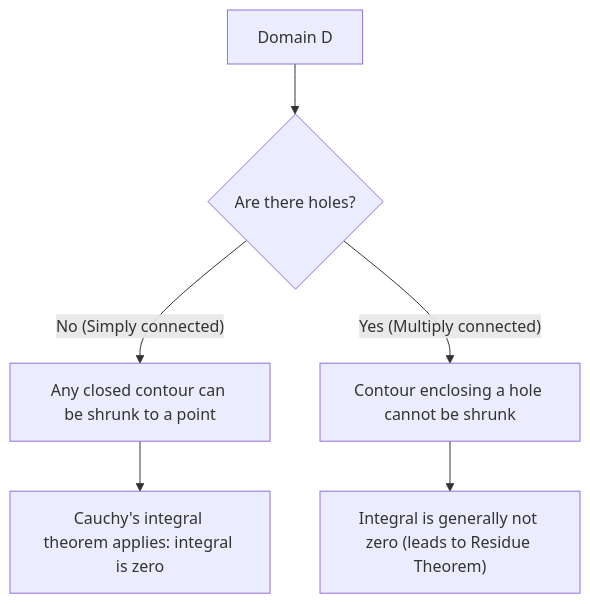
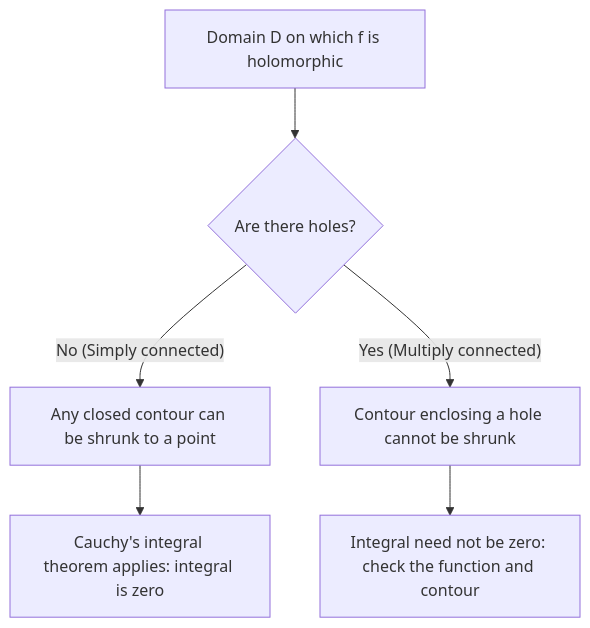
The diagram in content/post/cauchys-integral-theorem/index.en.md (kenjinote/blog), drawn with Mermaid before and after one commit. The commit also changed other lines of this file and 9 other files, not shown here.

Commit message:
Review four integral-theorem translations and verify 48 published reviews

````diff
--- a/content/post/cauchys-integral-theorem/index.en.md
+++ b/content/post/cauchys-integral-theorem/index.en.md
@@ -95,8 +95,8 @@
 ```mermaid
 flowchart TD
-    A["Domain D"] --> B{"Are there holes?"}
+    A["Domain D on which f is holomorphic"] --> B{"Are there holes?"}
     B -->|"No (Simply connected)"| C["Any closed contour can be shrunk to a point"]
     C --> D["Cauchy's integral theorem applies: integral is zero"]
     B -->|"Yes (Multiply connected)"| E["Contour enclosing a hole cannot be shrunk"]
-    E --> F["Integral is generally not zero (leads to Residue Theorem)"]
+    E --> F["Integral need not be zero: check the function and contour"]
 ```
````
